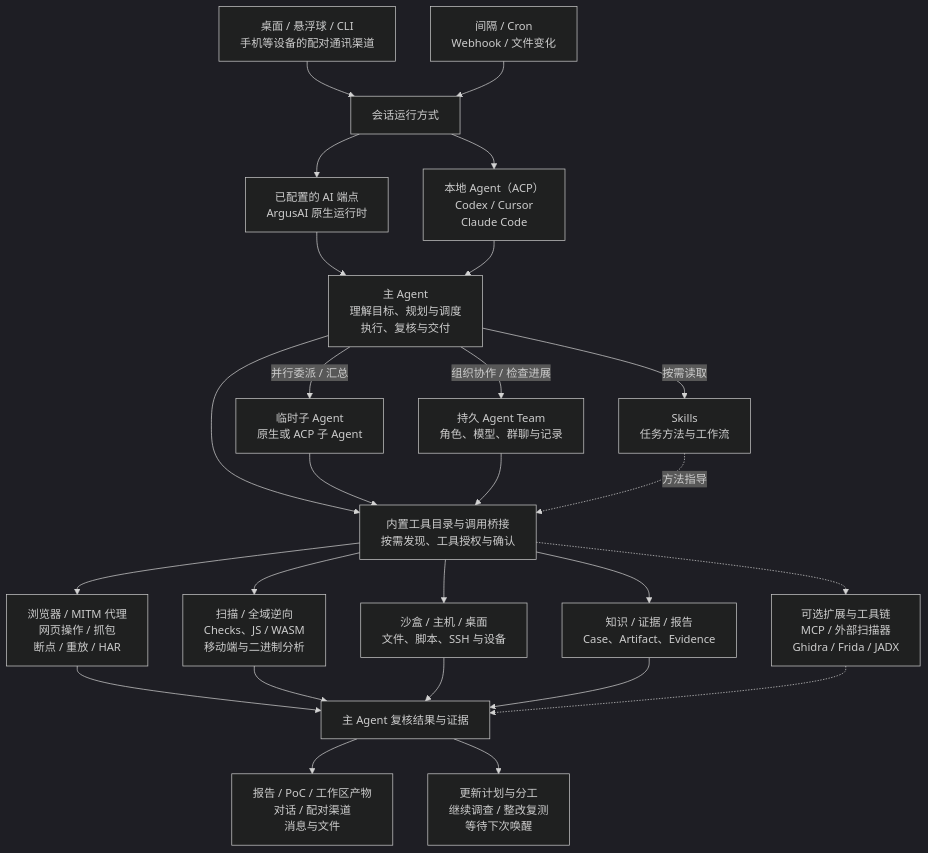
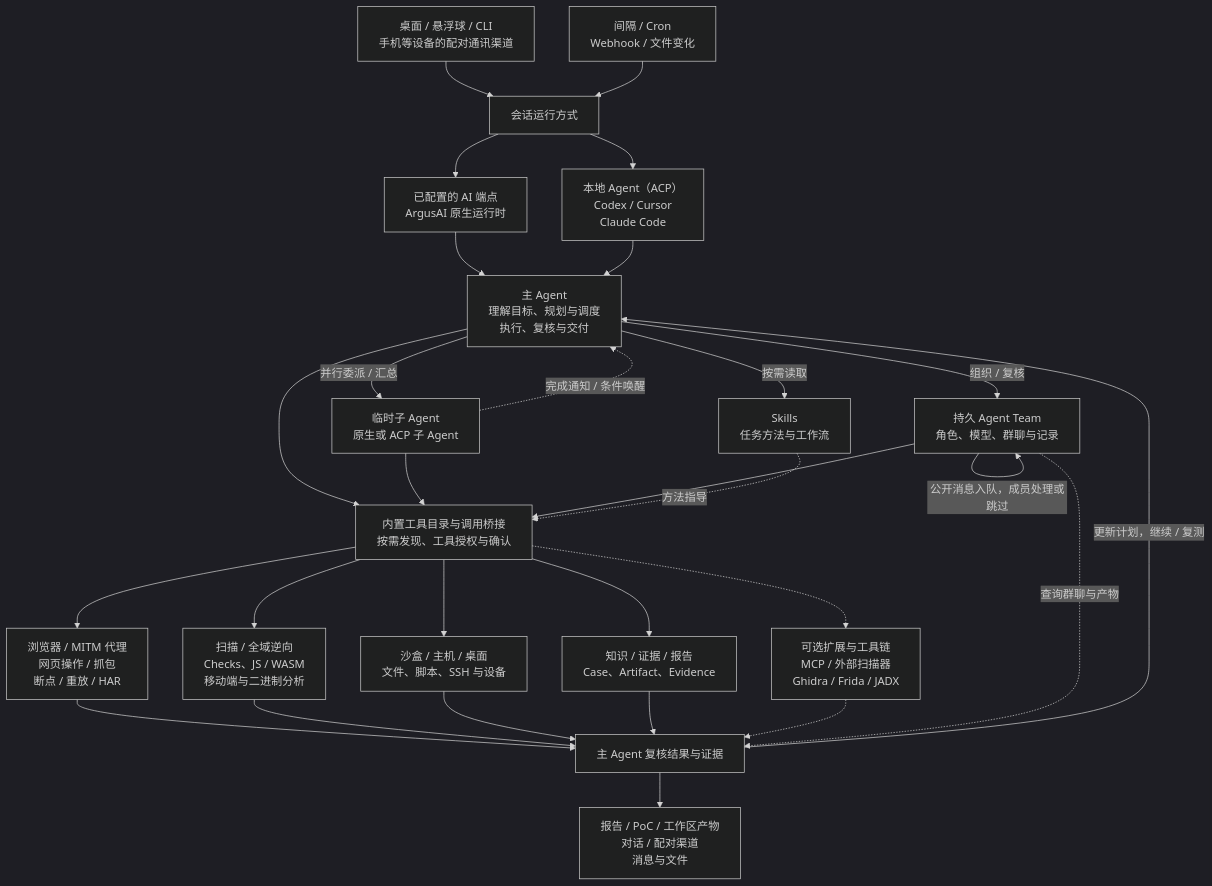
The first of 3 diagrams in README.md (HG-ha/Argusai), drawn with Mermaid (dark theme) before and after one commit. The commit also changed other lines of this file and 1 other file, not shown here.

Commit message:
docs: show Agent execution loops and wakeup mechanisms

````diff
--- a/README.md
+++ b/README.md
@@ -44,30 +44,33 @@
 ```mermaid
 flowchart TB
     Input["桌面 / 悬浮球 / CLI<br/>手机等设备的配对通讯渠道"] --> Session["会话运行方式"]
     Events["间隔 / Cron<br/>Webhook / 文件变化"] --> Session
     Session --> Native["已配置的 AI 端点<br/>ArgusAI 原生运行时"]
     Session --> ACP["本地 Agent（ACP）<br/>Codex / Cursor<br/>Claude Code"]
     Native --> Main["主 Agent<br/>理解目标、规划与调度<br/>执行、复核与交付"]
     ACP --> Main
 
     Main -->|并行委派 / 汇总| Sub["临时子 Agent<br/>原生或 ACP 子 Agent"]
-    Main -->|组织协作 / 检查进展| Team["持久 Agent Team<br/>角色、模型、群聊与记录"]
+    Main -->|组织 / 复核| Team["持久 Agent Team<br/>角色、模型、群聊与记录"]
     Main -->|按需读取| Skills["Skills<br/>任务方法与工作流"]
     Main --> Tools["内置工具目录与调用桥接<br/>按需发现、工具授权与确认"]
     Sub --> Tools
     Team --> Tools
     Skills -.->|方法指导| Tools
 
     Tools --> Web["浏览器 / MITM 代理<br/>网页操作 / 抓包<br/>断点 / 重放 / HAR"]
     Tools --> Analysis["扫描 / 全域逆向<br/>Checks、JS / WASM<br/>移动端与二进制分析"]
     Tools --> Execution["沙盒 / 主机 / 桌面<br/>文件、脚本、SSH 与设备"]
     Tools --> Knowledge["知识 / 证据 / 报告<br/>Case、Artifact、Evidence"]
     Tools -.-> Extensions["可选扩展与工具链<br/>MCP / 外部扫描器<br/>Ghidra / Frida / JADX"]
     Web --> Review["主 Agent 复核结果与证据"]
     Analysis --> Review
     Execution --> Review
     Knowledge --> Review
     Extensions -.-> Review
     Review --> Delivery["报告 / PoC / 工作区产物<br/>对话 / 配对渠道<br/>消息与文件"]
-    Review --> Continue["更新计划与分工<br/>继续调查 / 整改复测<br/>等待下次唤醒"]
+    Review -->|更新计划，继续 / 复测| Main
+    Sub -.->|完成通知 / 条件唤醒| Main
+    Team -->|公开消息入队，成员处理或跳过| Team
+    Team -.->|查询群聊与产物| Review
 ```
````
